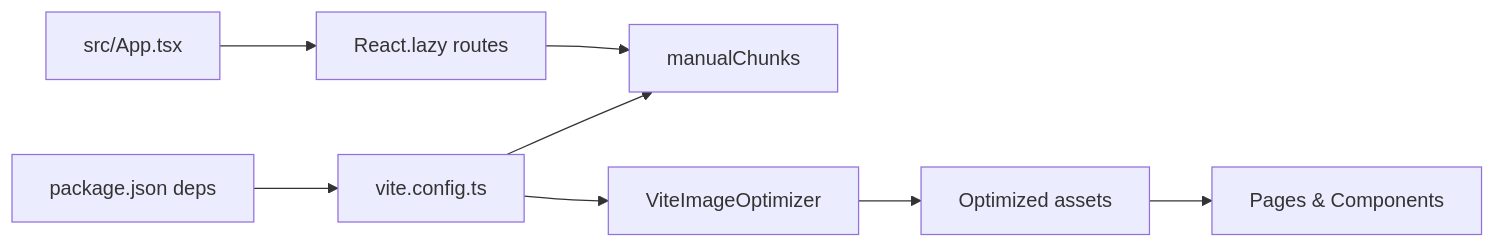
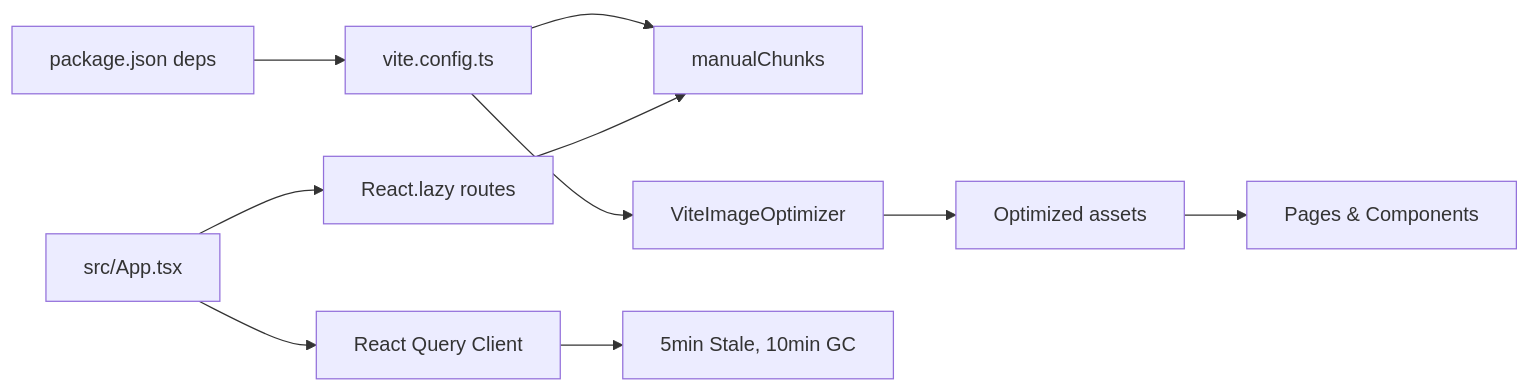
The tenth of 10 diagrams in .qoder/repowiki/en/content/Performance Optimization.md (Hawky1/ryland), drawn with Mermaid before and after one commit. The commit also changed other lines of this file and 7 other files, not shown here.

````diff
--- a/.qoder/repowiki/en/content/Performance Optimization.md
+++ b/.qoder/repowiki/en/content/Performance Optimization.md
@@ -266,10 +393,12 @@
 ```mermaid
 graph LR
 Pkg["package.json deps"] --> ViteCfg["vite.config.ts"]
 ViteCfg --> Rollup["manualChunks"]
 ViteCfg --> ImgOpt["ViteImageOptimizer"]
 App["src/App.tsx"] --> Lazy["React.lazy routes"]
+App --> RQ["React Query Client"]
 Lazy --> Rollup
 ImgOpt --> Assets["Optimized assets"]
 Assets --> Pages["Pages & Components"]
+RQ --> Cache["5min Stale, 10min GC"]
 ```
````
